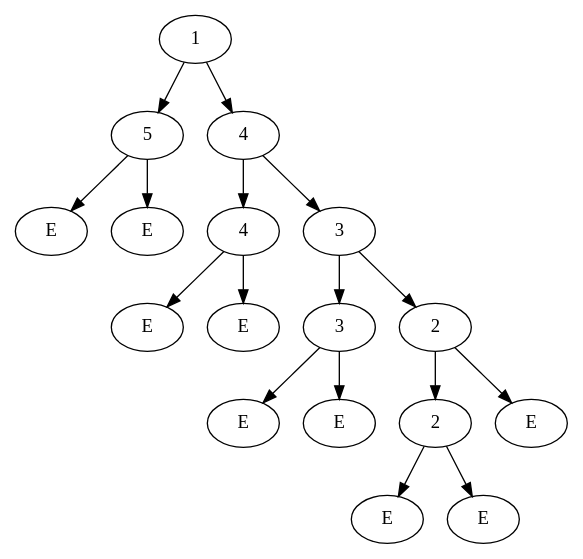
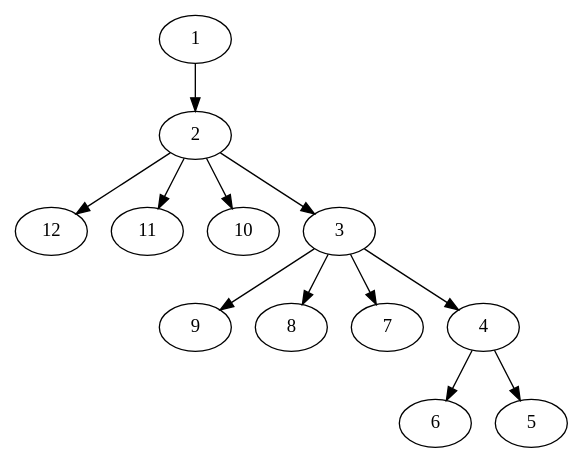
One commit to matonix/pfds changed the diagram in src/PFDS/Sec5/PairingHeap.dot. Above: the diagram before and after it, drawn with Graphviz. The commit also changed 5 other files, not shown here.

```diff
--- a/src/PFDS/Sec5/PairingHeap.dot
+++ b/src/PFDS/Sec5/PairingHeap.dot
@@ -1,36 +1,26 @@
 digraph G {
 u1[label="1"];
-u2[label="5"];
-u3[label="E"];
-u4[label="E"];
-u5[label="4"];
-u6[label="4"];
-u7[label="E"];
-u8[label="E"];
-u9[label="3"];
-u10[label="3"];
-u11[label="E"];
-u12[label="E"];
-u13[label="2"];
-u14[label="2"];
-u15[label="E"];
-u16[label="E"];
-u17[label="E"];
+u2[label="2"];
+u3[label="12"];
+u4[label="11"];
+u5[label="10"];
+u6[label="3"];
+u7[label="9"];
+u8[label="8"];
+u9[label="7"];
+u10[label="4"];
+u11[label="6"];
+u12[label="5"];
 u1 -> u2[label=""];
-u1 -> u5[label=""];
 u2 -> u3[label=""];
 u2 -> u4[label=""];
-u5 -> u6[label=""];
-u5 -> u9[label=""];
+u2 -> u5[label=""];
+u2 -> u6[label=""];
 u6 -> u7[label=""];
 u6 -> u8[label=""];
-u9 -> u10[label=""];
-u9 -> u13[label=""];
+u6 -> u9[label=""];
+u6 -> u10[label=""];
 u10 -> u11[label=""];
 u10 -> u12[label=""];
-u13 -> u14[label=""];
-u13 -> u17[label=""];
-u14 -> u15[label=""];
-u14 -> u16[label=""];
 
 }
```
